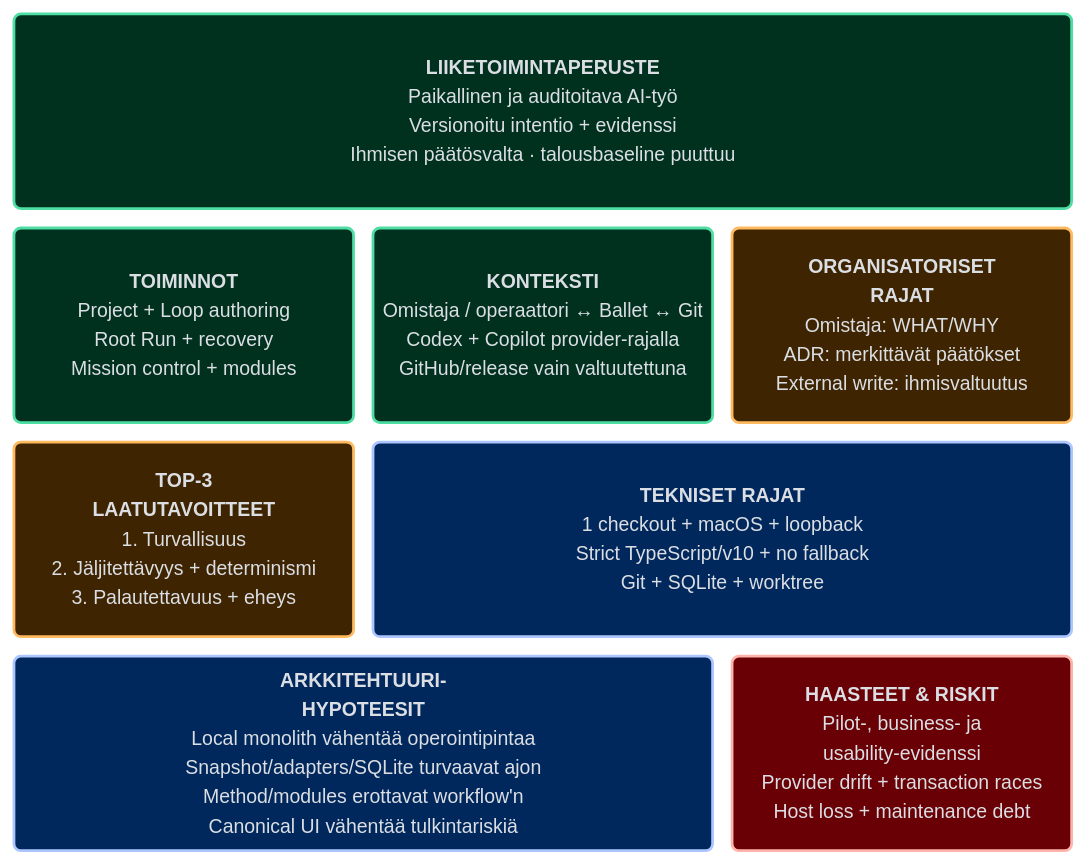
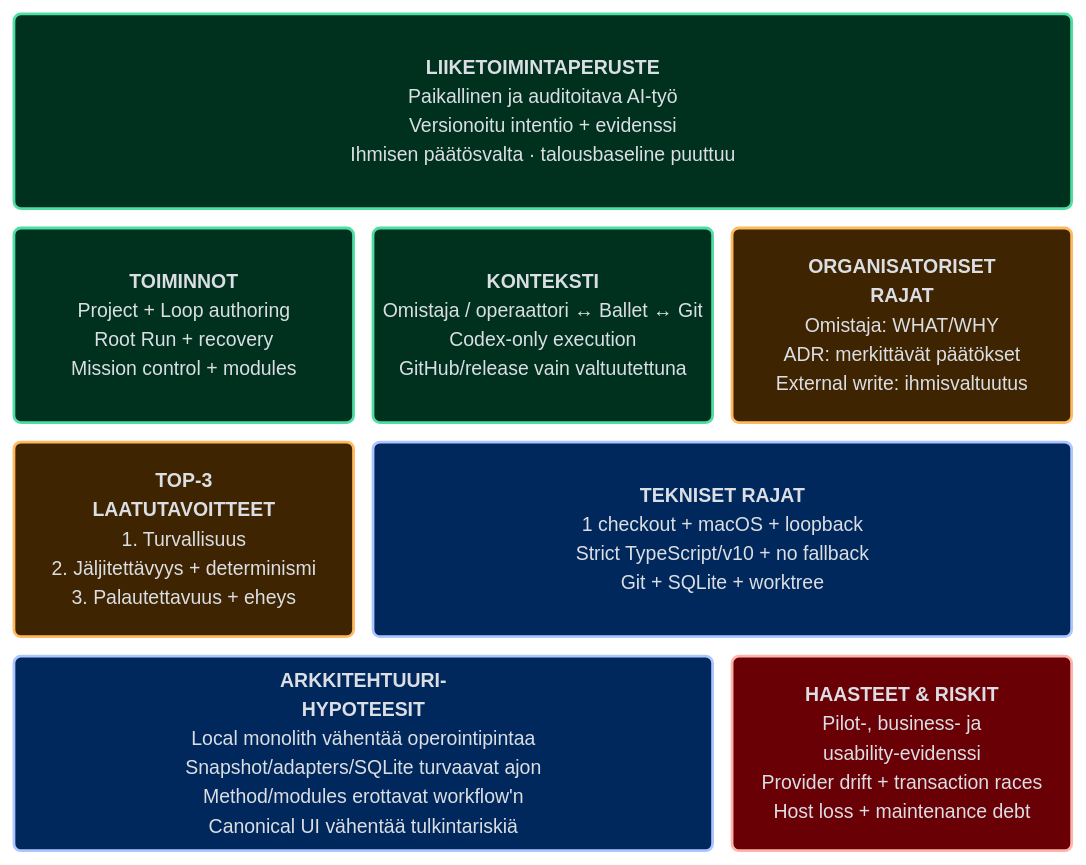
The diagram in .ballet/arc42/canvases/ARCHITECTURE-INCEPTION-CANVAS.md (isinisalo/ballet), drawn with Mermaid before and after one commit. The commit also changed other lines of this file and 135 other files, not shown here.

````diff
--- a/.ballet/arc42/canvases/ARCHITECTURE-INCEPTION-CANVAS.md
+++ b/.ballet/arc42/canvases/ARCHITECTURE-INCEPTION-CANVAS.md
@@ -29,40 +29,40 @@
 ```mermaid
 ---
 config:
   theme: base
   htmlLabels: true
   themeCSS: |
     .nodeLabel, .label, text, span, p { font-family: Inter, Arial, sans-serif !important; }
   themeVariables:
     background: '#0c0e11'
     primaryColor: '#111316'
     primaryTextColor: '#e2e2e6'
     primaryBorderColor: '#414755'
     fontFamily: 'Arial, sans-serif'
     fontSize: '14px'
   block:
     padding: 14
 ---
 block
   columns 3
   business("<b>LIIKETOIMINTAPERUSTE</b><br/>Paikallinen ja auditoitava AI-työ<br/>Versionoitu intentio + evidenssi<br/>Ihmisen päätösvalta · talousbaseline puuttuu"):3
 
   functions("<b>TOIMINNOT</b><br/>Project + Loop authoring<br/>Root Run + recovery<br/>Mission control + modules")
-  context("<b>KONTEKSTI</b><br/>Omistaja / operaattori ↔ Ballet ↔ Git<br/>Codex + Copilot provider-rajalla<br/>GitHub/release vain valtuutettuna")
+  context("<b>KONTEKSTI</b><br/>Omistaja / operaattori ↔ Ballet ↔ Git<br/>Codex-only execution<br/>GitHub/release vain valtuutettuna")
   organisation("<b>ORGANISATORISET<br/>RAJAT</b><br/>Omistaja: WHAT/WHY<br/>ADR: merkittävät päätökset<br/>External write: ihmisvaltuutus")
 
   quality("<b>TOP-3<br/>LAATUTAVOITTEET</b><br/>1. Turvallisuus<br/>2. Jäljitettävyys + determinismi<br/>3. Palautettavuus + eheys")
   technical("<b>TEKNISET RAJAT</b><br/>1 checkout + macOS + loopback<br/>Strict TypeScript/v10 + no fallback<br/>Git + SQLite + worktree"):2
 
   hypotheses("<b>ARKKITEHTUURI-<br/>HYPOTEESIT</b><br/>Local monolith vähentää operointipintaa<br/>Snapshot/adapters/SQLite turvaavat ajon<br/>Method/modules erottavat workflow'n<br/>Canonical UI vähentää tulkintariskiä"):2
   risks("<b>HAASTEET & RISKIT</b><br/>Pilot-, business- ja<br/>usability-evidenssi<br/>Provider drift + transaction races<br/>Host loss + maintenance debt")
 
   classDef businessCard fill:#00311f,stroke:#4edea3,color:#6ffbbe,stroke-width:2px;
   classDef architecture fill:#00285c,stroke:#adc6ff,color:#d8e2ff,stroke-width:2px;
   classDef constraint fill:#3e2400,stroke:#ffb95f,color:#ffddb8,stroke-width:2px;
   classDef riskCard fill:#690005,stroke:#ffb4ab,color:#ffdad6,stroke-width:2px;
   class business,functions,context businessCard
   class organisation,quality constraint
   class technical,hypotheses architecture
   class risks riskCard
 ```
````
